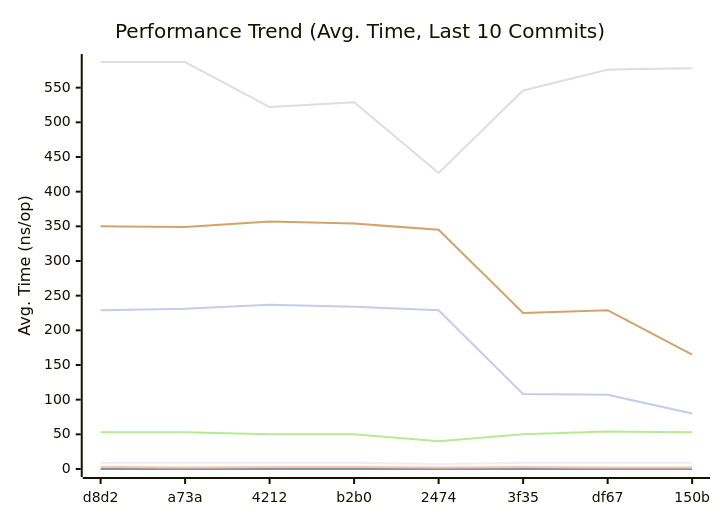
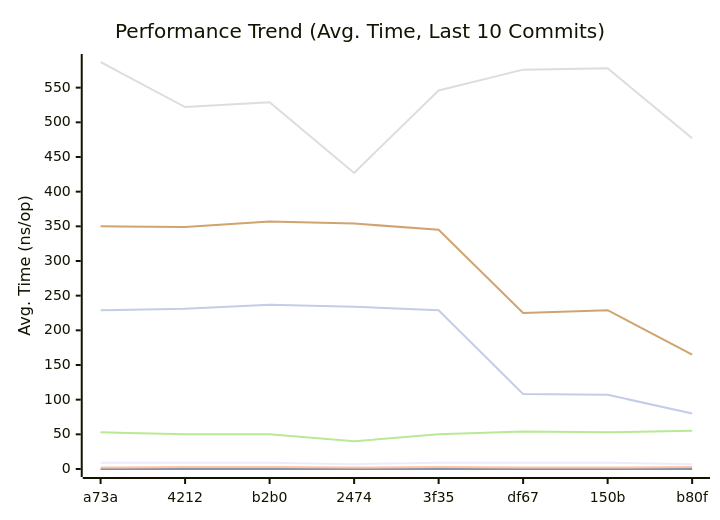
One commit to alsotoes/momo changed the first of 3 diagrams in docs/README.md. Above: the diagram before and after it, drawn with Mermaid. The commit also changed other lines of this file and 1 other file, not shown here.

````diff
--- a/docs/README.md
+++ b/docs/README.md
@@ -142,14 +142,14 @@
 ```mermaid
 xychart-beta
     title "Performance Trend (Avg. Time, Last 10 Commits)"
     x-axis "Commit"
     y-axis "Avg. Time (ns/op)"
-    x-axis [d8d2,a73a,4212,b2b0,2474,3f35,df67,150b]
-    line "CheckMetricsAndSwap" [9,9,9,9,7,9,9,9,7,7]
+    x-axis [a73a,4212,b2b0,2474,3f35,df67,150b,b80f]
+    line "CheckMetricsAndSwap" [9,9,9,7,9,9,9,7,7,7]
     line "IndexDirectTracking" [0,0,0,0,0,0,0,0,0,0]
-    line "IndexSearch" [3,2,3,3,2,3,2,2,3,3]
-    line "LoadGlobalConfig" [587,587,522,529,427,546,576,578,477,427]
-    line "PadString" [53,53,50,50,40,50,54,53,55,27]
+    line "IndexSearch" [2,3,3,2,3,2,2,3,3,3]
+    line "LoadGlobalConfig" [587,522,529,427,546,576,578,477,427,466]
+    line "PadString" [53,50,50,40,50,54,53,55,27,29]
     line "ParseReplicationOrder_NoPrealloc" [350,349,357,354,345,225,229,165,232,234]
     line "ParseReplicationOrder_Prealloc" [229,231,237,234,229,108,107,80,110,109]
 ```
````
